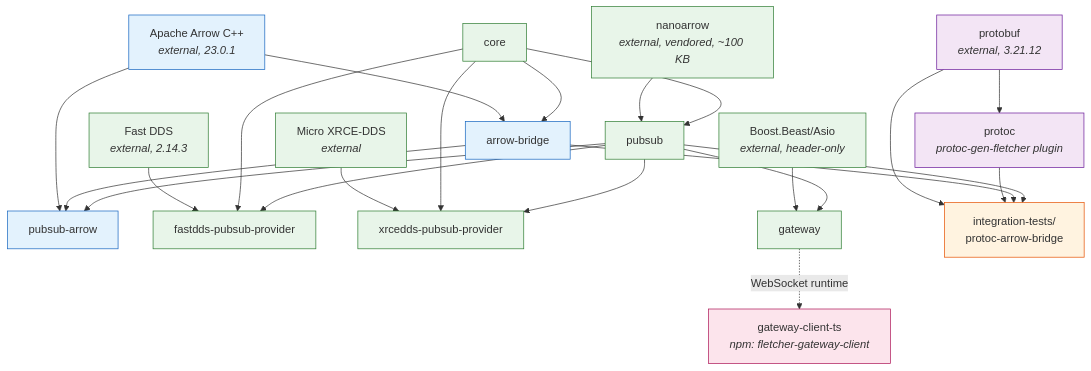
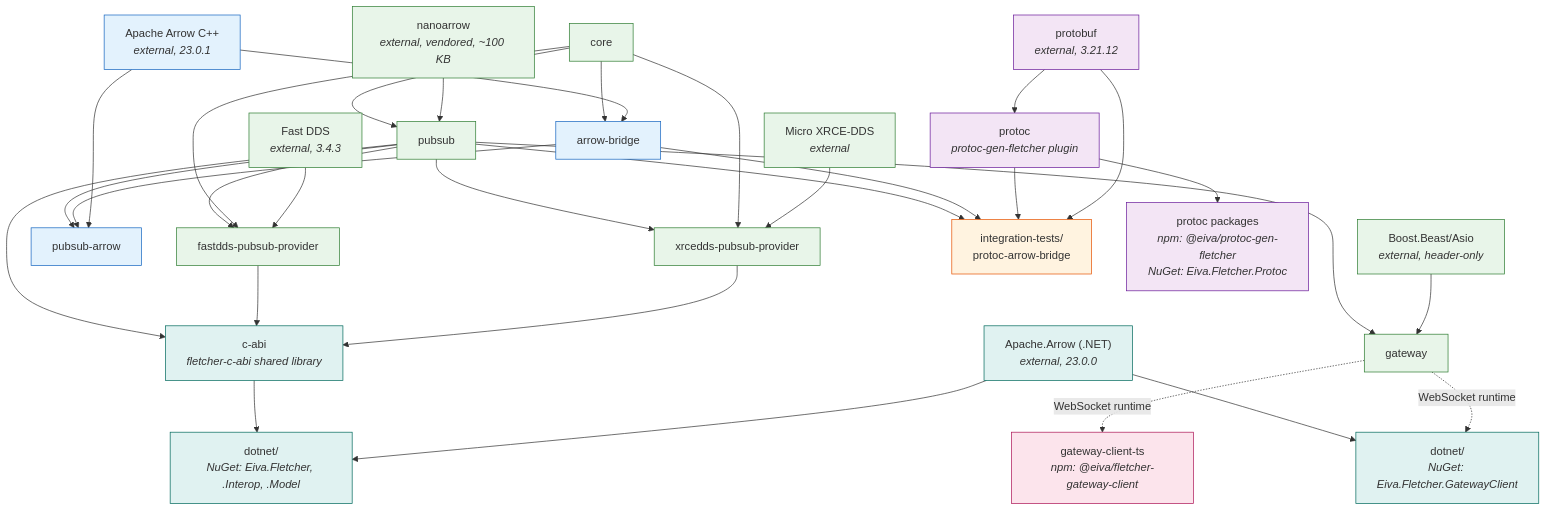
Before and after one commit to eivacom/Fletcher: the third of 5 diagrams in docs/component-diagram.md, drawn with Mermaid. The commit also changed other lines of this file and 7 other files, not shown here.

````diff
--- a/docs/component-diagram.md
+++ b/docs/component-diagram.md
@@ -117,8 +155,9 @@
     PROTOBUF["protobuf<br/><i>external, 3.21.12</i>"]
     ARROW_CPP["Apache Arrow C++<br/><i>external, 23.0.1</i>"]
     BEAST["Boost.Beast/Asio<br/><i>external, header-only</i>"]
-    FAST_DDS["Fast DDS<br/><i>external, 2.14.3</i>"]
+    FAST_DDS["Fast DDS<br/><i>external, 3.4.3</i>"]
     XRCE_DDS["Micro XRCE-DDS<br/><i>external</i>"]
+    ARROW_NET["Apache.Arrow (.NET)<br/><i>external, 23.0.0</i>"]
 
     CORE["core"]
     PUBSUB["pubsub"]
@@ -129,7 +168,11 @@
     WEB_GW["gateway"]
     PROTOC["protoc<br/><i>protoc-gen-fletcher plugin</i>"]
     PROTO_INT["integration-tests/<br/>protoc-arrow-bridge"]
-    GW_CLIENT["gateway-client-ts<br/><i>npm: fletcher-gateway-client</i>"]
+    GW_CLIENT["gateway-client-ts<br/><i>npm: @eiva/fletcher-gateway-client</i>"]
+    C_ABI["c-abi<br/><i>fletcher-c-abi shared library</i>"]
+    NET_PKGS["dotnet/<br/><i>NuGet: Eiva.Fletcher, .Interop, .Model</i>"]
+    NET_GW_PKG["dotnet/<br/><i>NuGet: Eiva.Fletcher.GatewayClient</i>"]
+    PROTOC_PKGS["protoc packages<br/><i>npm: @eiva/protoc-gen-fletcher<br/>NuGet: Eiva.Fletcher.Protoc</i>"]
 
     CORE --> PUBSUB
     NANOARROW --> PUBSUB
@@ -159,7 +202,18 @@
     PROTOC --> PROTO_INT
     PROTOBUF --> PROTO_INT
 
+    PUBSUB --> C_ABI
+    FASTDDS_PROV --> C_ABI
+    XRCE_PROV --> C_ABI
+
+    C_ABI --> NET_PKGS
+    ARROW_NET --> NET_PKGS
+    ARROW_NET --> NET_GW_PKG
+
+    PROTOC --> PROTOC_PKGS
+
     WEB_GW -.->|WebSocket runtime| GW_CLIENT
+    WEB_GW -.->|WebSocket runtime| NET_GW_PKG
 
     style CORE fill:#e8f5e9,stroke:#2e7d32
     style NANOARROW fill:#e8f5e9,stroke:#2e7d32
@@ -177,4 +231,9 @@
     style PROTOBUF fill:#f3e5f5,stroke:#6a1b9a
     style PROTO_INT fill:#fff3e0,stroke:#e65100
     style GW_CLIENT fill:#fce4ec,stroke:#ad1457
+    style PROTOC_PKGS fill:#f3e5f5,stroke:#6a1b9a
+    style C_ABI fill:#e0f2f1,stroke:#00695c
+    style NET_PKGS fill:#e0f2f1,stroke:#00695c
+    style NET_GW_PKG fill:#e0f2f1,stroke:#00695c
+    style ARROW_NET fill:#e0f2f1,stroke:#00695c
 ```
````
